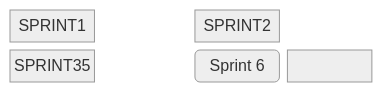
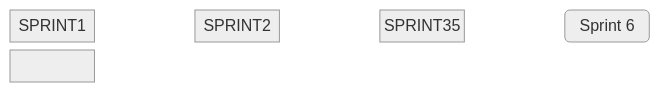
Before and after one commit to chingu-voyages/Handbook: the second of 2 diagrams in docs/guides/voyage/voyage.md, drawn with Mermaid (neutral theme).

Commit message:
Feature: Add new Voyage Process diagram

````diff
--- a/docs/guides/voyage/voyage.md
+++ b/docs/guides/voyage/voyage.md
@@ -243,6 +243,6 @@
 ```mermaid
 block-beta
-columns 4
+columns 7
   SPRINT1 space SPRINT2 space SPRINT35 space SPRINT6
   SPRINT1("Sprint 1")-->SPRINT2("Sprint 2")-->SPRINT35("Sprints 3-5")-->SPRINT6("Sprint 6")
 ```
````
